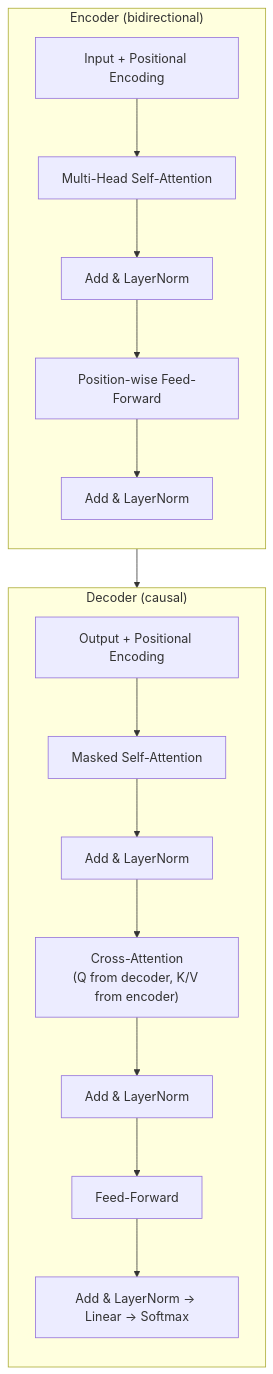
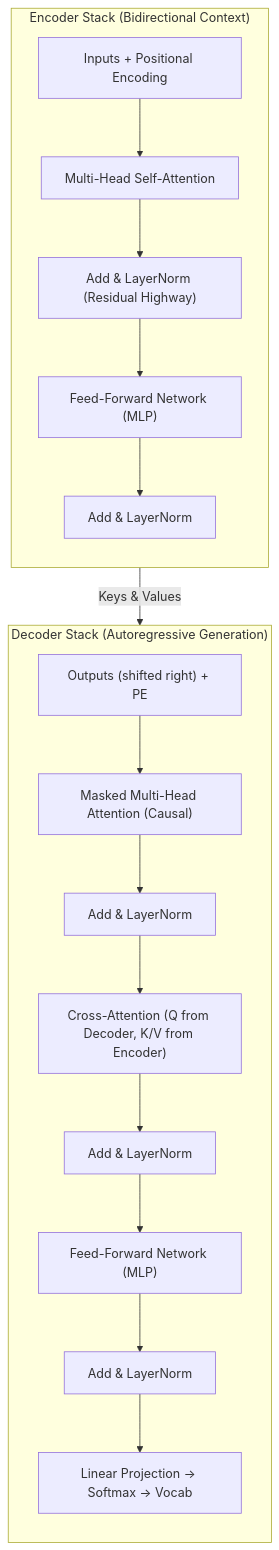
Before and after one commit to 1345AbhishekKumar/cs-cookbook: the eighth of 8 diagrams in content/docs/ai-agents/agentic-ai/01-transformer-architecture-foundations.mdx, drawn with Mermaid. The commit also changed other lines of this file and 299 other files, not shown here.

````diff
--- a/content/docs/ai-agents/agentic-ai/01-transformer-architecture-foundations.mdx
+++ b/content/docs/ai-agents/agentic-ai/01-transformer-architecture-foundations.mdx
@@ -163,20 +412,23 @@
 ```mermaid
 flowchart TB
-    subgraph Enc["Encoder (bidirectional)"]
+    subgraph EncoderBlock["Encoder Stack (Bidirectional Context)"]
         direction TB
-        E1["Input + Positional Encoding"] --> E2["Multi-Head Self-Attention"]
-        E2 --> E3["Add & LayerNorm"]
-        E3 --> E4["Position-wise Feed-Forward"]
-        E4 --> E5["Add & LayerNorm"]
+        E_in["Inputs + Positional Encoding"] --> E_MHA["Multi-Head Self-Attention"]
+        E_MHA --> E_Add1["Add & LayerNorm (Residual Highway)"]
+        E_Add1 --> E_FFN["Feed-Forward Network (MLP)"]
+        E_FFN --> E_Add2["Add & LayerNorm"]
     end
-    subgraph Dec["Decoder (causal)"]
+
+    subgraph DecoderBlock["Decoder Stack (Autoregressive Generation)"]
         direction TB
-        D1["Output + Positional Encoding"] --> D2["Masked Self-Attention"]
-        D2 --> D3["Add & LayerNorm"]
-        D3 --> D4["Cross-Attention<br/>(Q from decoder, K/V from encoder)"]
-        D4 --> D5["Add & LayerNorm"]
-        D5 --> D6["Feed-Forward"]
-        D6 --> D7["Add & LayerNorm → Linear → Softmax"]
+        D_in["Outputs (shifted right) + PE"] --> D_MaskMHA["Masked Multi-Head Attention (Causal)"]
+        D_MaskMHA --> D_Add1["Add & LayerNorm"]
+        D_Add1 --> D_Cross["Cross-Attention (Q from Decoder, K/V from Encoder)"]
+        D_Cross --> D_Add2["Add & LayerNorm"]
+        D_Add2 --> D_FFN["Feed-Forward Network (MLP)"]
+        D_FFN --> D_Add3["Add & LayerNorm"]
+        D_Add3 --> D_Linear["Linear Projection -> Softmax -> Vocab"]
     end
-    Enc --> D4
+
+    EncoderBlock -->|"Keys & Values"| D_Cross
 ```
````
